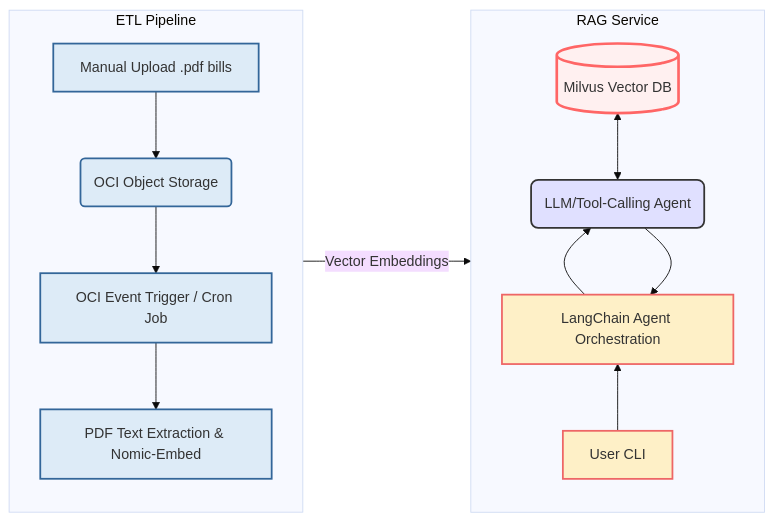
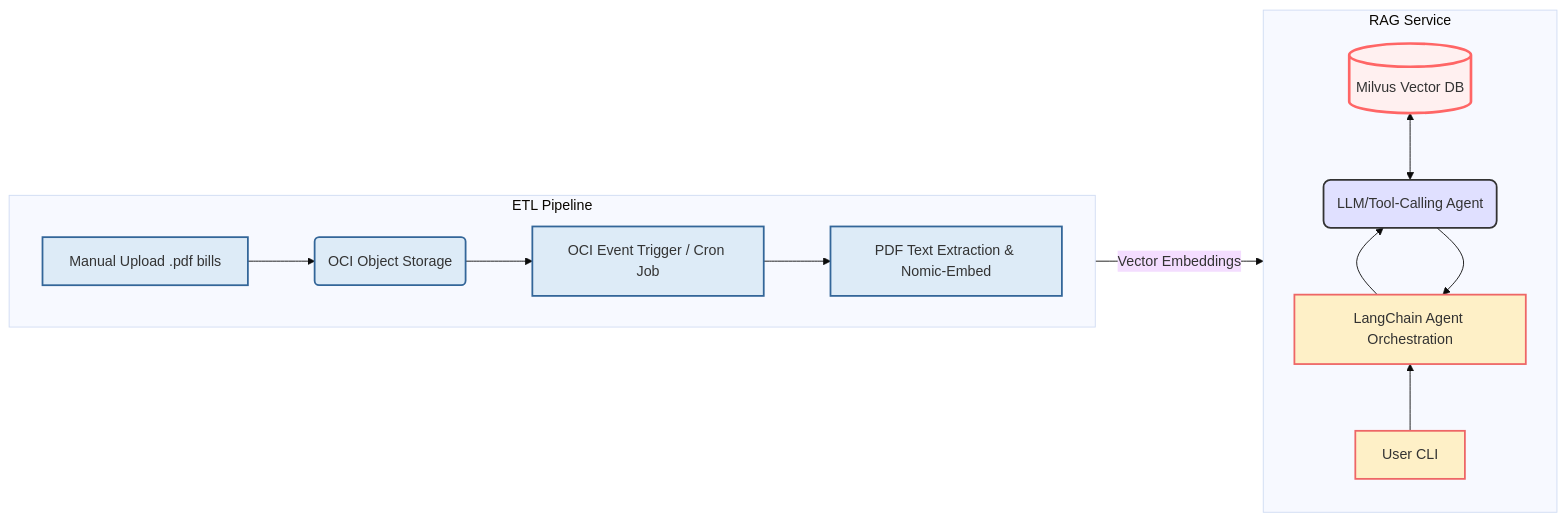
The diagram in README.md (Alvan-Dmello/Intelligent-Utility-Bill-RAG), drawn with Mermaid (base theme) before and after one commit.

````diff
--- a/README.md
+++ b/README.md
@@ -29,79 +29,79 @@
 ```mermaid
 
 graph LR
 
 classDef etl fill:#DDEBF7,stroke:#369,stroke-width:2px;
 
 classDef rag fill:#FEF0C7,stroke:#E66,stroke-width:2px;
 
 classDef db fill:#FCE9E9,stroke:#F00,stroke-width:3px;
 
 classDef interface fill:#E6FFED,stroke:#0A0;
 
 
 
 subgraph ETL Pipeline
 
-direction TD
+direction LR
 
 A[Manual Upload .pdf bills]:::interface
 
 B(OCI Object Storage)
 
 C[OCI Event Trigger / Cron Job]
 
 D[PDF Text Extraction & Nomic-Embed]
 
 
 
 A --> B --> C --> D;
 
 class A,B,C,D etl
 
 end
 
 
 
 subgraph RAG Service
 
 direction BT
 
 F[User CLI]:::interface
 
 I[LangChain Agent Orchestration]
 
 H(LLM/Tool-Calling Agent)
 
 E[(Milvus Vector DB)]:::db
 
 
 
 F --> I;
 
 I --> H;
 
 H <--> E;
 
 H --> I;
 
 
 
 class F,I,H rag
 
 end
 
 
 
 %% Link the two subgraphs
 
 D -- Vector Embeddings --> E;
 
 
 
 %% Explicitly style the DB and Agent for emphasis (optional, can be removed if classes are enough)
 
 style H fill:#E0E0FF,stroke:#333,stroke-width:2px,rx:8px,ry:8px
 
 style E fill:#FFF0F0,stroke:#F66,stroke-width:3px
 
 ```
````
